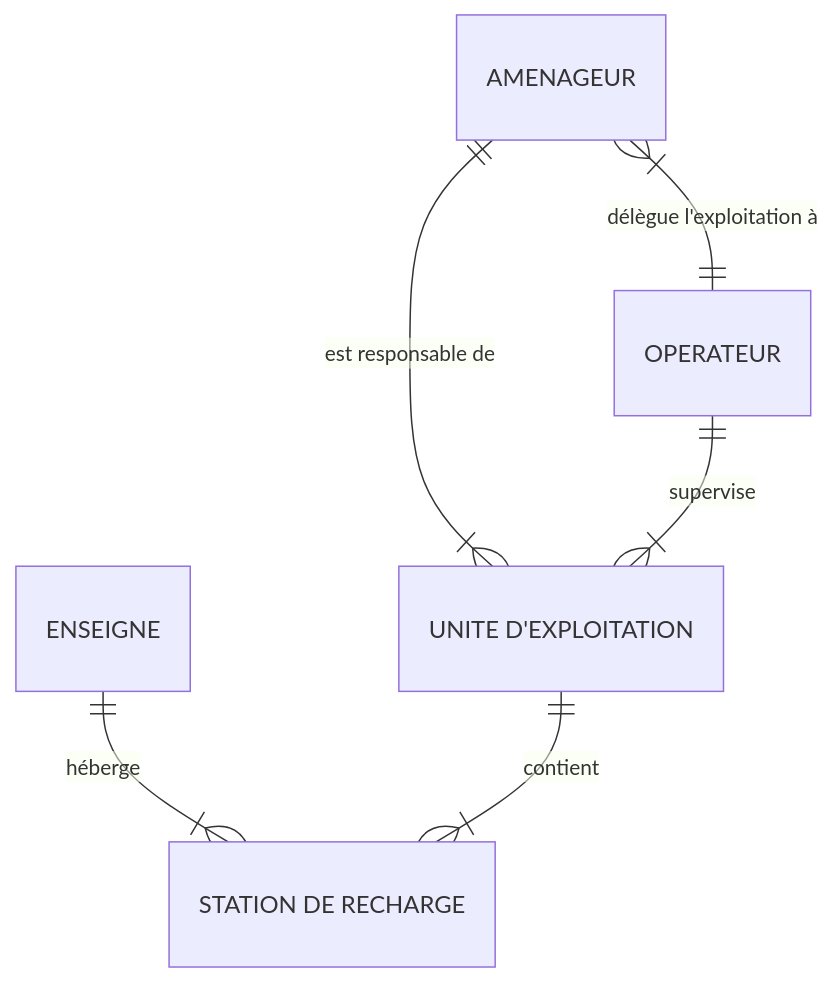
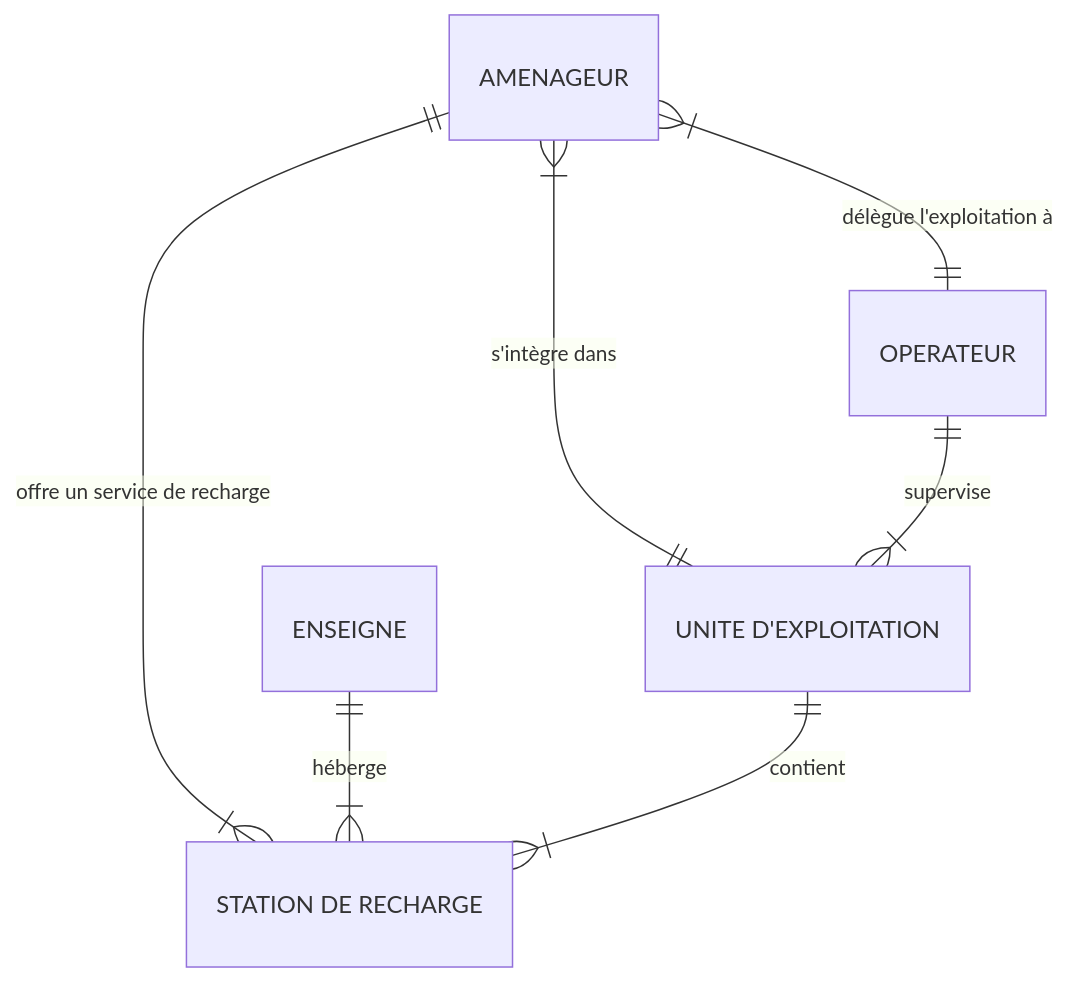
Before and after one commit to MTES-MCT/qualicharge: the third of 16 diagrams in docs/modele.md, drawn with Mermaid. The commit also changed other lines of this file, not shown here.

````diff
--- a/docs/modele.md
+++ b/docs/modele.md
@@ -109,8 +109,9 @@
 ```mermaid
 erDiagram
-    AMENAGEUR ||--|{ "UNITE D'EXPLOITATION" : "est responsable de"
+    AMENAGEUR ||--|{ "STATION DE RECHARGE" : "offre un service de recharge"
+    AMENAGEUR |{--|| "UNITE D'EXPLOITATION" : "s'intègre dans"
     ENSEIGNE ||--|{ "STATION DE RECHARGE": "héberge"
     OPERATEUR ||--|{ "UNITE D'EXPLOITATION": "supervise"
     AMENAGEUR |{--|| OPERATEUR: "délègue l'exploitation à"
     "UNITE D'EXPLOITATION" ||--|{ "STATION DE RECHARGE": "contient"
 ```
````
